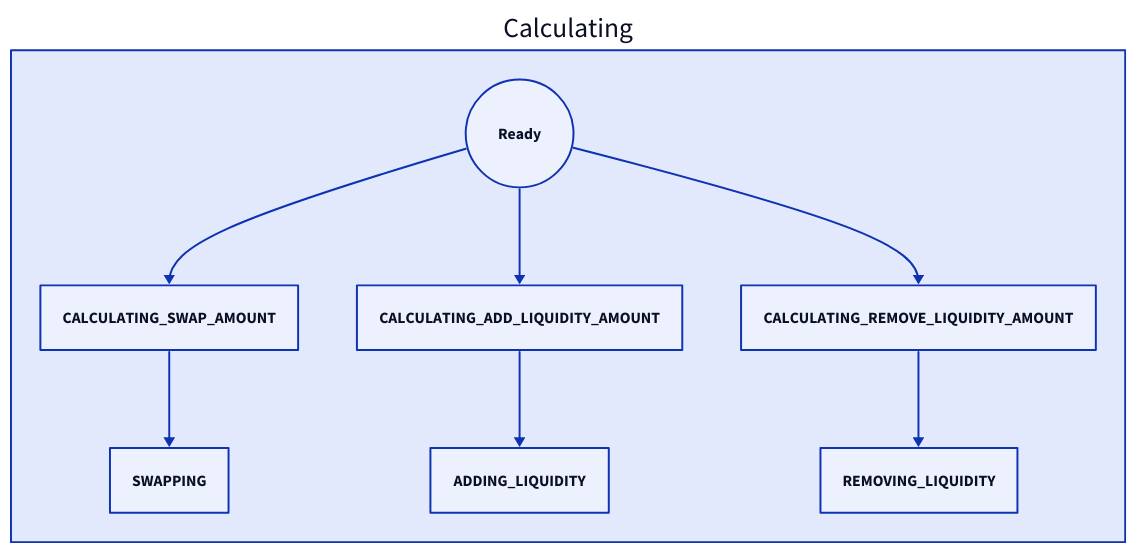
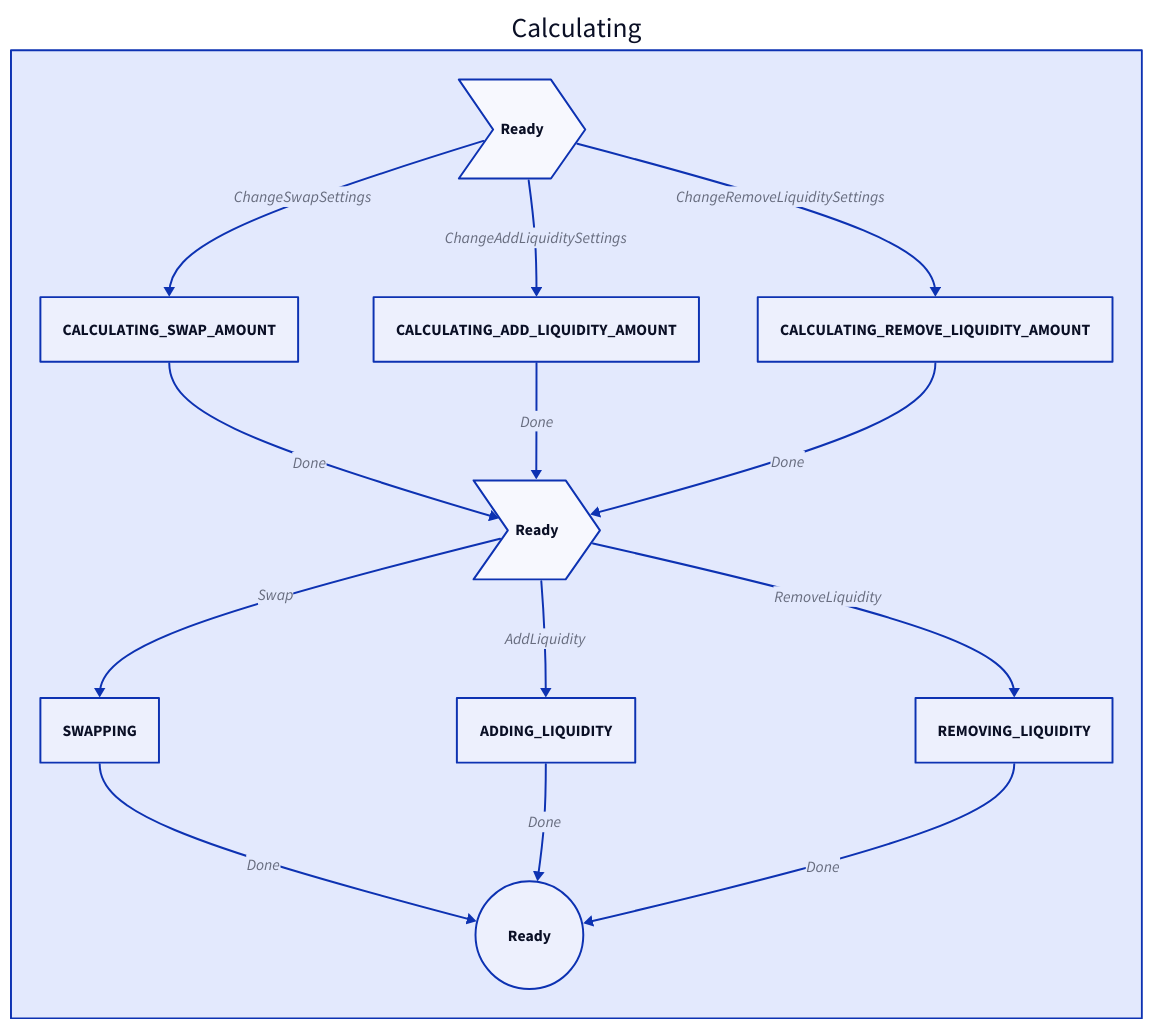
The third of 7 diagrams in packages/sdk/docs/guide/core-concepts.md (Lumina-DEX/lumina), drawn with D2 before and after one commit. The commit also changed other lines of this file and 10 other files, not shown here.

````diff
--- a/packages/sdk/docs/guide/core-concepts.md
+++ b/packages/sdk/docs/guide/core-concepts.md
@@ -89,22 +91,38 @@
 ```d2
 direction: down
 
 style: {
   fill: transparent
 }
 
   
 Calculating {
 
   READY: Ready {
+    shape: step
+  }
+  SUCCESS: Ready {
+    shape: step
+  }
+  DONE: Ready {
     shape: circle
   }
 
-  Ready -> CALCULATING_SWAP_AMOUNT
-  Ready -> CALCULATING_ADD_LIQUIDITY_AMOUNT
-  Ready -> CALCULATING_REMOVE_LIQUIDITY_AMOUNT
-  CALCULATING_SWAP_AMOUNT -> SWAPPING 
-  CALCULATING_ADD_LIQUIDITY_AMOUNT -> ADDING_LIQUIDITY
-  CALCULATING_REMOVE_LIQUIDITY_AMOUNT -> REMOVING_LIQUIDITY
+
+  Ready -> CALCULATING_SWAP_AMOUNT: ChangeSwapSettings
+  Ready -> CALCULATING_ADD_LIQUIDITY_AMOUNT: ChangeAddLiquiditySettings
+  Ready -> CALCULATING_REMOVE_LIQUIDITY_AMOUNT: ChangeRemoveLiquiditySettings
+
+  CALCULATING_SWAP_AMOUNT -> SUCCESS: Done 
+  CALCULATING_ADD_LIQUIDITY_AMOUNT -> SUCCESS: Done
+  CALCULATING_REMOVE_LIQUIDITY_AMOUNT -> SUCCESS: Done
+
+  SUCCESS -> SWAPPING: Swap
+  SUCCESS -> ADDING_LIQUIDITY: AddLiquidity
+  SUCCESS -> REMOVING_LIQUIDITY: RemoveLiquidity
+
+  SWAPPING -> DONE: Done
+  ADDING_LIQUIDITY -> DONE: Done
+  REMOVING_LIQUIDITY -> DONE: Done
 }
 ```
````
